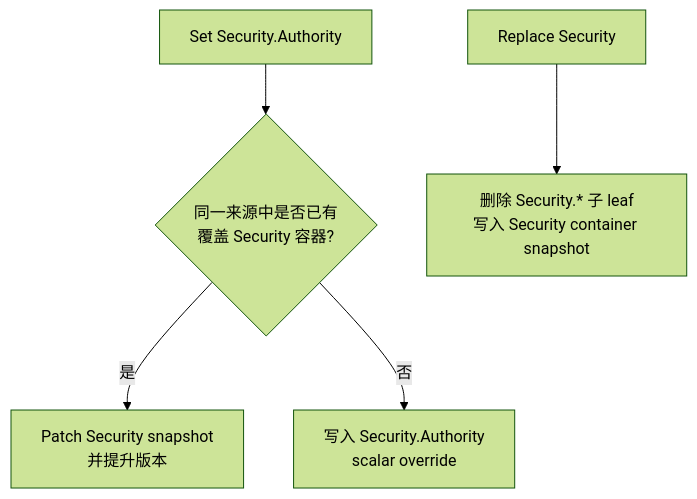
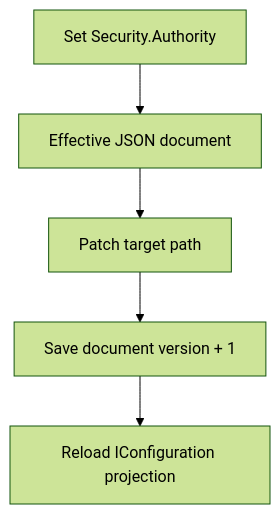
The diagram in docs/zh-CN/modules/configuration/configuration.md (Tairitsua/Monica.Docs), drawn with Mermaid (forest theme) before and after one commit. The commit also changed other lines of this file and 12 other files, not shown here.

First line of the commit message:
docs!: update configuration storage architecture

````diff
--- a/docs/zh-CN/modules/configuration/configuration.md
+++ b/docs/zh-CN/modules/configuration/configuration.md
@@ -116,14 +98,10 @@
 ```mermaid
 flowchart TD
     setLeaf["Set Security.Authority"]
-    hasContainer{"同一来源中是否已有<br/>覆盖 Security 容器?"}
-    patch["Patch Security snapshot<br/>并提升版本"]
-    leaf["写入 Security.Authority<br/>scalar override"]
-    replace["Replace Security"]
-    remove["删除 Security.* 子 leaf<br/>写入 Security container snapshot"]
+    document["Effective JSON document"]
+    patch["Patch target path"]
+    save["Save document version + 1"]
+    project["Reload IConfiguration projection"]
 
-    setLeaf --> hasContainer
-    hasContainer -->|是| patch
-    hasContainer -->|否| leaf
-    replace --> remove
+    setLeaf --> document --> patch --> save --> project
 ```
````
